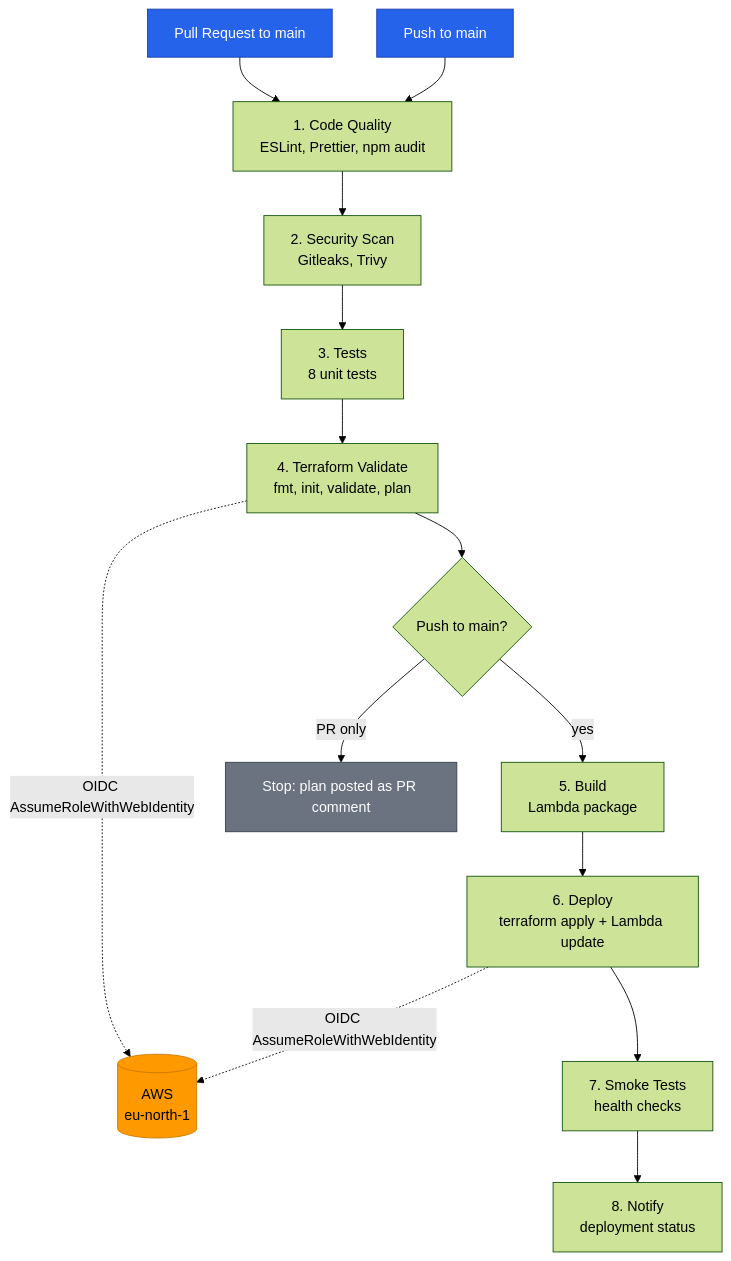
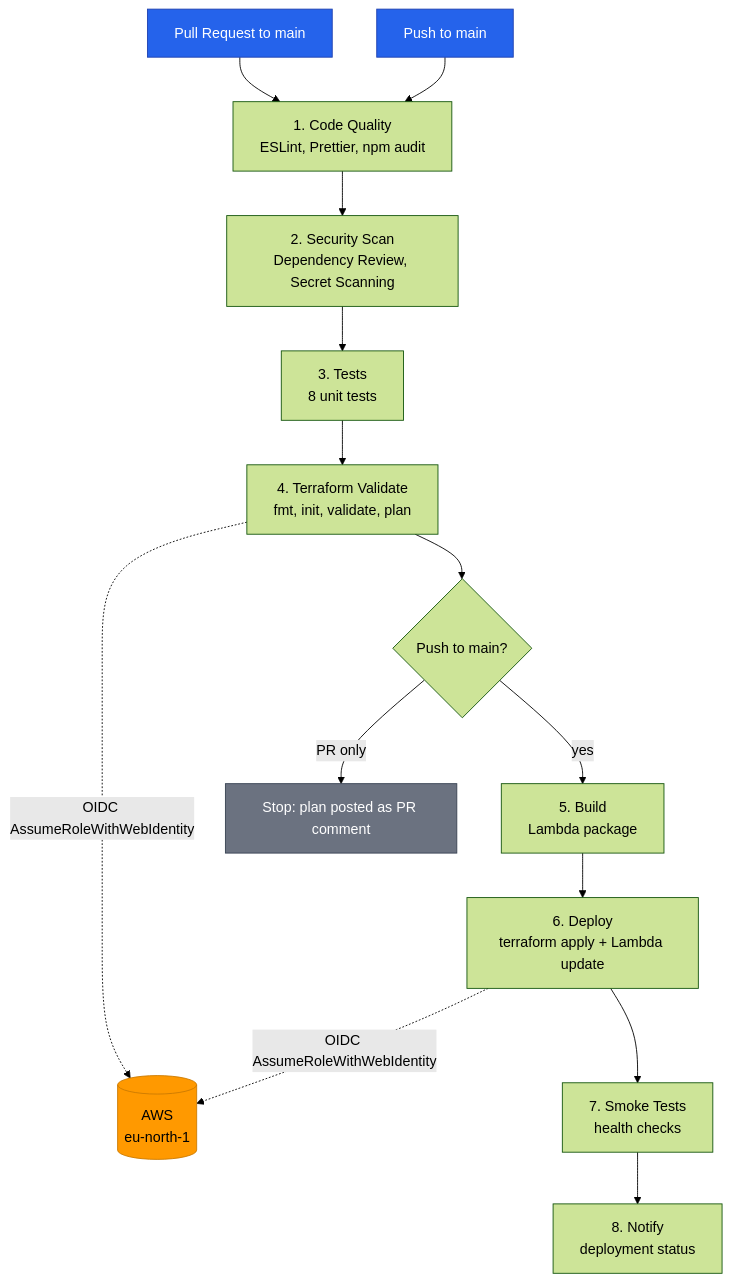
Before and after one commit to restlessankyyy/my-portfolio-app: the first of 2 diagrams in docs/cicd.md, drawn with Mermaid (forest theme). The commit also changed other lines of this file and 6 other files, not shown here.

````diff
--- a/docs/cicd.md
+++ b/docs/cicd.md
@@ -23,23 +22,23 @@
 ```mermaid
 flowchart TD
     PR[Pull Request to main]:::trigger --> CQ
     PUSH[Push to main]:::trigger --> CQ
 
-    CQ[1. Code Quality<br/>ESLint, Prettier, npm audit] --> SS[2. Security Scan<br/>Gitleaks, Trivy]
+    CQ[1. Code Quality<br/>ESLint, Prettier, npm audit] --> SS[2. Security Scan<br/>Dependency Review, Secret Scanning]
     SS --> TST[3. Tests<br/>8 unit tests]
     TST --> TFV[4. Terraform Validate<br/>fmt, init, validate, plan]
 
     TFV -. OIDC AssumeRoleWithWebIdentity .-> AWS[(AWS<br/>eu-north-1)]:::aws
 
     TFV --> GATE{Push to main?}
     GATE -- "PR only" --> STOP[Stop: plan posted as PR comment]:::stop
     GATE -- "yes" --> BLD[5. Build<br/>Lambda package]
     BLD --> DEP[6. Deploy<br/>terraform apply + Lambda update]
     DEP -. OIDC AssumeRoleWithWebIdentity .-> AWS
     DEP --> SMK[7. Smoke Tests<br/>health checks]
     SMK --> NTF[8. Notify<br/>deployment status]
 
     classDef trigger fill:#2563eb,stroke:#1e40af,color:#fff
     classDef aws fill:#ff9900,stroke:#cc7a00,color:#000
     classDef stop fill:#6b7280,stroke:#374151,color:#fff
 ```
````
